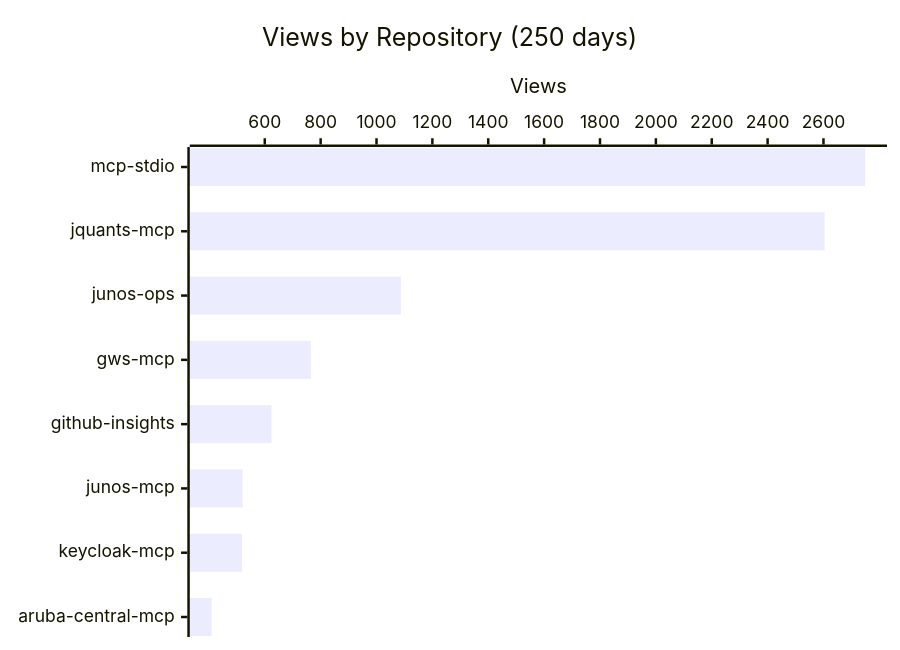
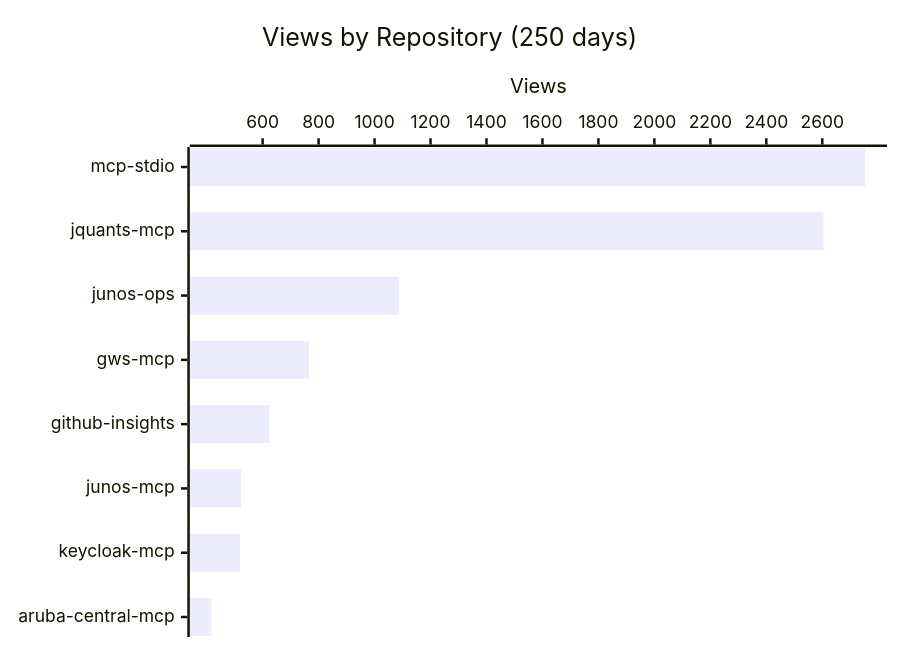
Before and after one commit to shigechika/github-insights: the first of 4 diagrams in README.md, drawn with Mermaid. The commit also changed other lines of this file and 1 other file, not shown here.

````diff
--- a/README.md
+++ b/README.md
@@ -18,7 +18,7 @@
 ```mermaid
 xychart-beta horizontal
     title "Views by Repository (250 days)"
     x-axis ["mcp-stdio", "jquants-mcp", "junos-ops", "gws-mcp", "github-insights", "junos-mcp", "keycloak-mcp", "aruba-central-mcp"]
     y-axis "Views"
-    bar [2749, 2604, 1087, 765, 624, 521, 519, 410]
+    bar [2753, 2604, 1088, 765, 624, 523, 519, 418]
 ```
````
